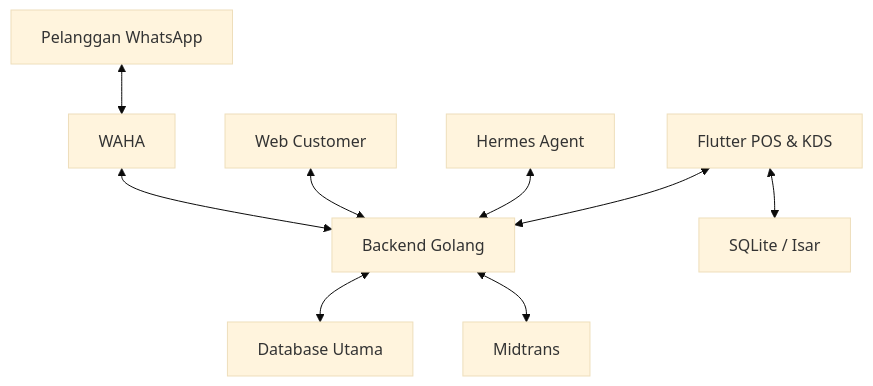
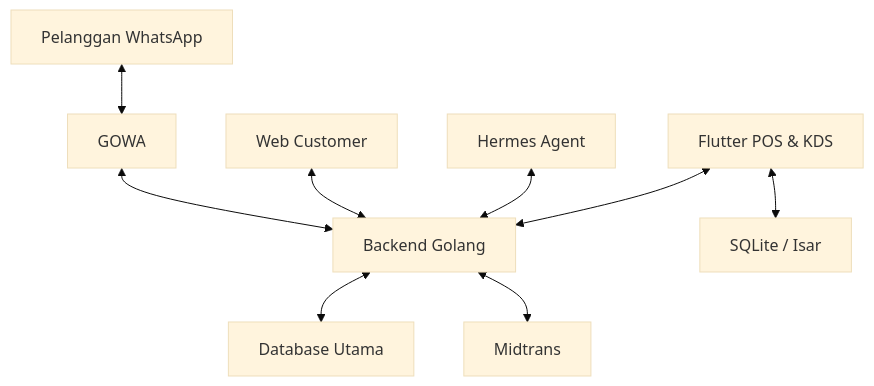
Before and after one commit to yogaananda6677/pesanhub: the first of 2 diagrams in PRD.md, drawn with Mermaid (base theme). The commit also changed other lines of this file and 50 other files, not shown here.

Commit message:
feat(whatsapp): migrate gateway from WAHA to GOWA (#118) (#119)

````diff
--- a/PRD.md
+++ b/PRD.md
@@ -96,11 +96,11 @@
 ```mermaid
 flowchart TD
-    C["Pelanggan WhatsApp"] <--> W["WAHA"]
+    C["Pelanggan WhatsApp"] <--> W["GOWA"]
     W <--> B["Backend Golang"]
     CW["Web Customer"] <--> B
     H["Hermes Agent"] <--> B
     F["Flutter POS & KDS"] <--> B
     B <--> D["Database Utama"]
     B <--> M["Midtrans"]
     F <--> L["SQLite / Isar"]
 ```
````
